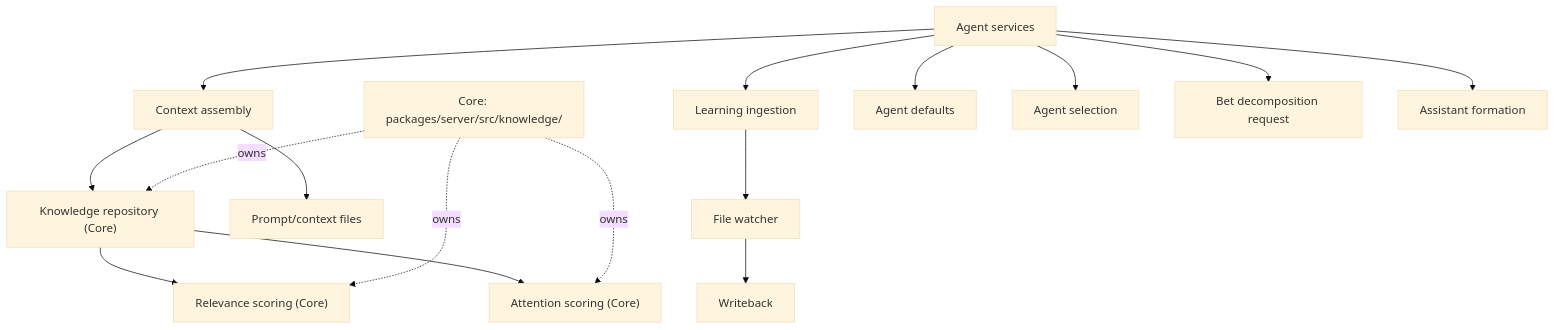
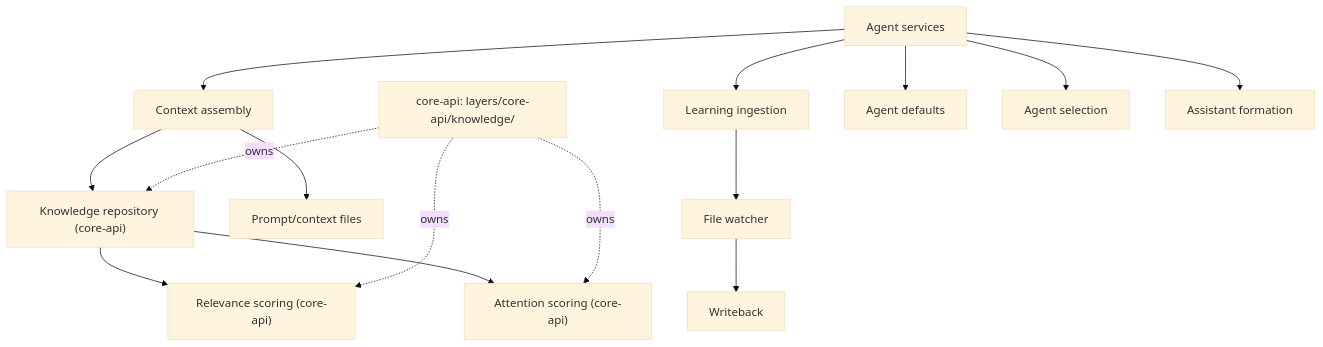
One commit to idle-builders/hyperidle changed the ninth of 12 diagrams in docs/architecture/as-implemented-domain-architecture.md. Above: the diagram before and after it, drawn with Mermaid (base theme). The commit also changed other lines of this file and 3058 other files, not shown here.

````diff
--- a/docs/architecture/as-implemented-domain-architecture.md
+++ b/docs/architecture/as-implemented-domain-architecture.md
@@ -290,22 +287,21 @@
 ```mermaid
 flowchart TB
   AgentServices["Agent services"]
-  CoreKnowledge["Core: packages/server/src/knowledge/"]
+  CoreKnowledge["core-api: layers/core-api/knowledge/"]
 
   AgentServices --> ContextAssembly["Context assembly"]
   AgentServices --> LearningIngestion["Learning ingestion"]
   AgentServices --> AgentDefaults["Agent defaults"]
   AgentServices --> AgentSelection["Agent selection"]
-  AgentServices --> BetDecompose["Bet decomposition request"]
   AgentServices --> AssistantForm["Assistant formation"]
 
-  ContextAssembly --> KnowledgeRepo["Knowledge repository (Core)"]
+  ContextAssembly --> KnowledgeRepo["Knowledge repository (core-api)"]
   ContextAssembly --> PromptFiles["Prompt/context files"]
   LearningIngestion --> FileWatcher["File watcher"]
   FileWatcher --> Writeback["Writeback"]
-  KnowledgeRepo --> Relevance["Relevance scoring (Core)"]
-  KnowledgeRepo --> Attention["Attention scoring (Core)"]
+  KnowledgeRepo --> Relevance["Relevance scoring (core-api)"]
+  KnowledgeRepo --> Attention["Attention scoring (core-api)"]
   CoreKnowledge -.owns.-> KnowledgeRepo
   CoreKnowledge -.owns.-> Relevance
   CoreKnowledge -.owns.-> Attention
 ```
````
